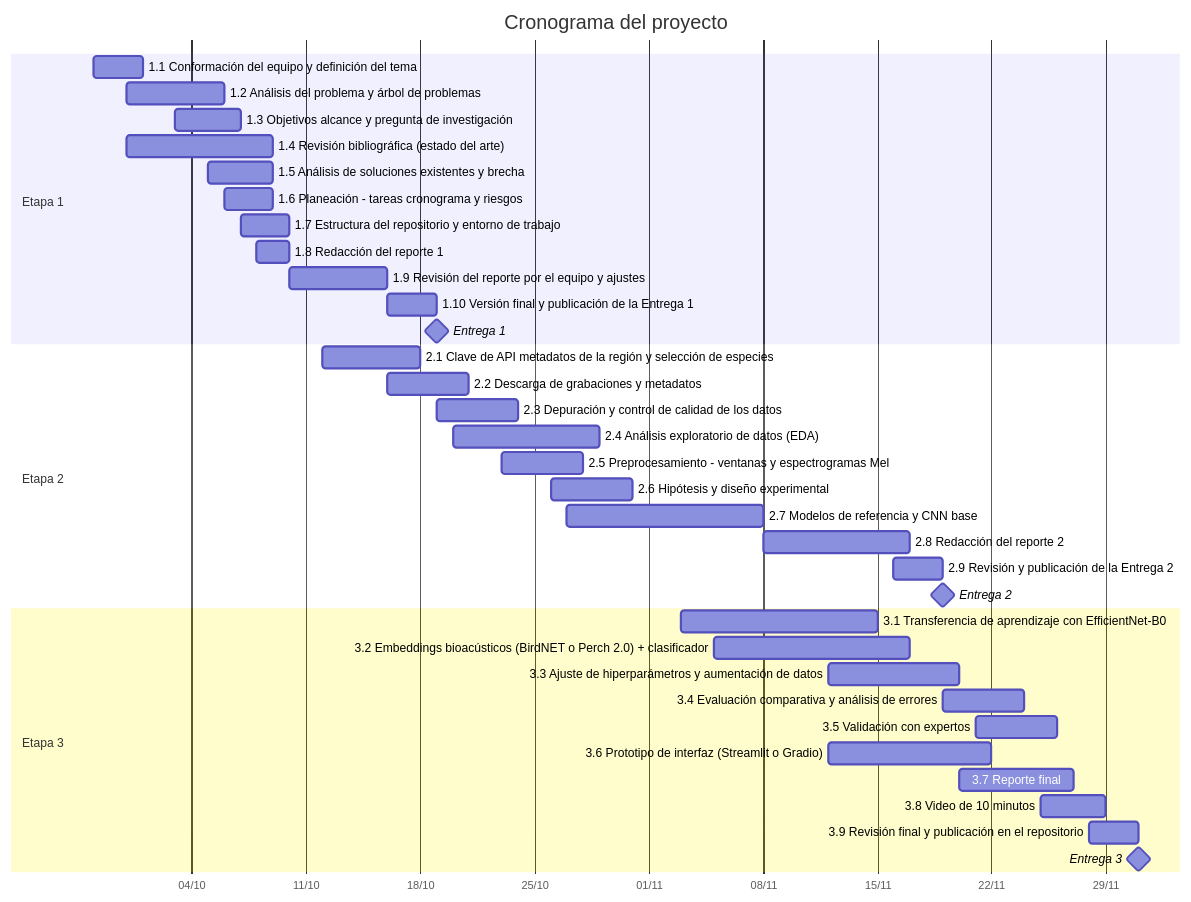
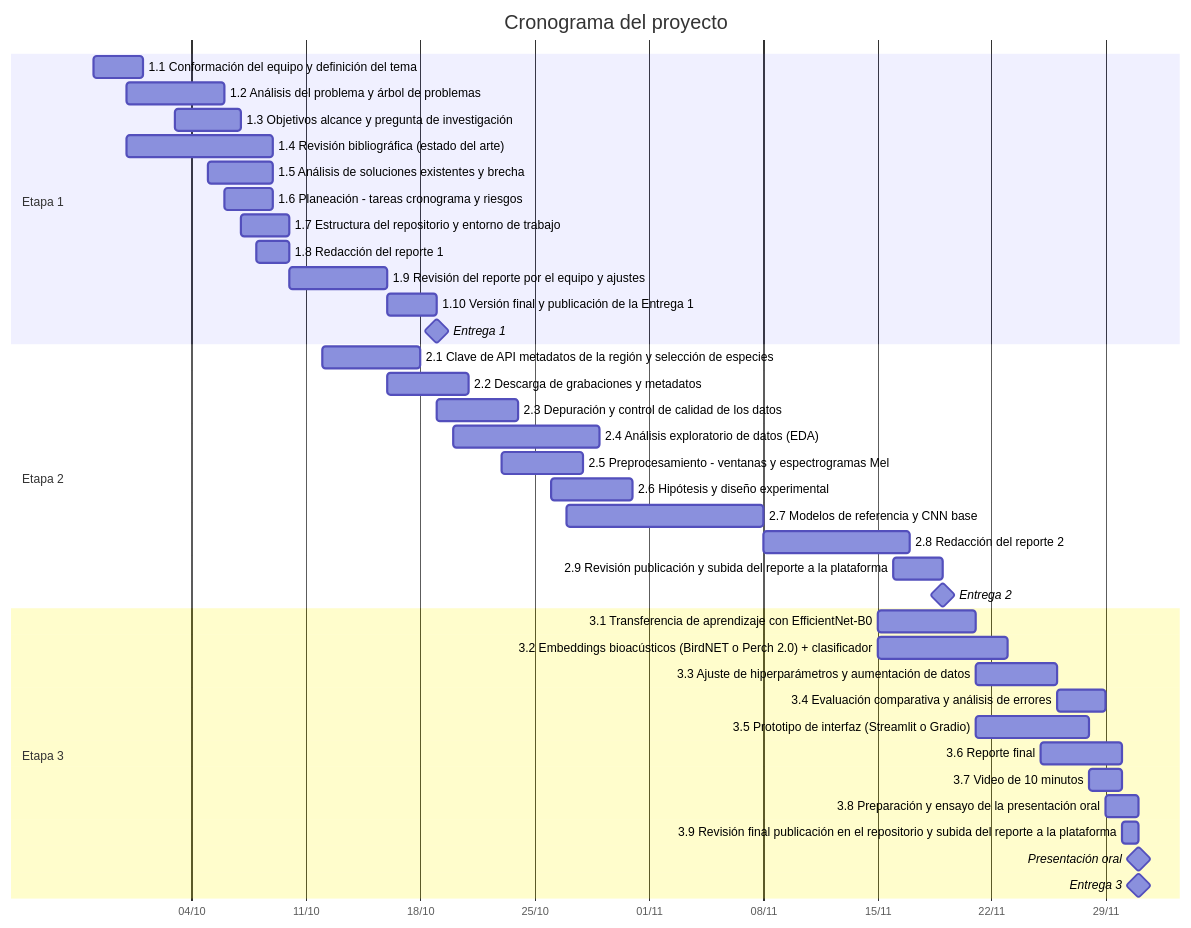
The third of 3 diagrams in entrega_1/docs/reporte_entrega_1.md (wilospe27/Proyecto_1_Innovacion_Tecnologica_IA_Grupo_4), drawn with Mermaid before and after one commit. The commit also changed other lines of this file and 14 other files, not shown here.

````diff
--- a/entrega_1/docs/reporte_entrega_1.md
+++ b/entrega_1/docs/reporte_entrega_1.md
@@ -361,41 +361,42 @@
 ```mermaid
 gantt
     title Cronograma del proyecto
     dateFormat YYYY-MM-DD
     axisFormat %d/%m
     todayMarker off
     section Etapa 1
     1.1 Conformación del equipo y definición del tema :t1_1, 2026-09-28, 3d
     1.2 Análisis del problema y árbol de problemas :t1_2, 2026-09-30, 6d
     1.3 Objetivos alcance y pregunta de investigación :t1_3, 2026-10-03, 4d
     1.4 Revisión bibliográfica (estado del arte) :t1_4, 2026-09-30, 9d
     1.5 Análisis de soluciones existentes y brecha :t1_5, 2026-10-05, 4d
     1.6 Planeación - tareas cronograma y riesgos :t1_6, 2026-10-06, 3d
     1.7 Estructura del repositorio y entorno de trabajo :t1_7, 2026-10-07, 3d
     1.8 Redacción del reporte 1 :t1_8, 2026-10-08, 2d
     1.9 Revisión del reporte por el equipo y ajustes :t1_9, 2026-10-10, 6d
     1.10 Versión final y publicación de la Entrega 1 :t1_10, 2026-10-16, 3d
     Entrega 1 :milestone, th1, 2026-10-19, 0d
     section Etapa 2
     2.1 Clave de API metadatos de la región y selección de especies :t2_1, 2026-10-12, 6d
     2.2 Descarga de grabaciones y metadatos :t2_2, 2026-10-16, 5d
     2.3 Depuración y control de calidad de los datos :t2_3, 2026-10-19, 5d
     2.4 Análisis exploratorio de datos (EDA) :t2_4, 2026-10-20, 9d
     2.5 Preprocesamiento - ventanas y espectrogramas Mel :t2_5, 2026-10-23, 5d
     2.6 Hipótesis y diseño experimental :t2_6, 2026-10-26, 5d
     2.7 Modelos de referencia y CNN base :t2_7, 2026-10-27, 12d
     2.8 Redacción del reporte 2 :t2_8, 2026-11-08, 9d
-    2.9 Revisión y publicación de la Entrega 2 :t2_9, 2026-11-16, 3d
+    2.9 Revisión publicación y subida del reporte a la plataforma :t2_9, 2026-11-16, 3d
     Entrega 2 :milestone, th2, 2026-11-19, 0d
     section Etapa 3
-    3.1 Transferencia de aprendizaje con EfficientNet-B0 :t3_1, 2026-11-03, 12d
-    3.2 Embeddings bioacústicos (BirdNET o Perch 2.0) + clasificador :t3_2, 2026-11-05, 12d
-    3.3 Ajuste de hiperparámetros y aumentación de datos :t3_3, 2026-11-12, 8d
-    3.4 Evaluación comparativa y análisis de errores :t3_4, 2026-11-19, 5d
-    3.5 Validación con expertos :t3_5, 2026-11-21, 5d
-    3.6 Prototipo de interfaz (Streamlit o Gradio) :t3_6, 2026-11-12, 10d
-    3.7 Reporte final :t3_7, 2026-11-20, 7d
-    3.8 Video de 10 minutos :t3_8, 2026-11-25, 4d
-    3.9 Revisión final y publicación en el repositorio :t3_9, 2026-11-28, 3d
+    3.1 Transferencia de aprendizaje con EfficientNet-B0 :t3_1, 2026-11-15, 6d
+    3.2 Embeddings bioacústicos (BirdNET o Perch 2.0) + clasificador :t3_2, 2026-11-15, 8d
+    3.3 Ajuste de hiperparámetros y aumentación de datos :t3_3, 2026-11-21, 5d
+    3.4 Evaluación comparativa y análisis de errores :t3_4, 2026-11-26, 3d
+    3.5 Prototipo de interfaz (Streamlit o Gradio) :t3_5, 2026-11-21, 7d
+    3.6 Reporte final :t3_6, 2026-11-25, 5d
+    3.7 Video de 10 minutos :t3_7, 2026-11-28, 2d
+    3.8 Preparación y ensayo de la presentación oral :t3_8, 2026-11-29, 2d
+    3.9 Revisión final publicación en el repositorio y subida del reporte a la plataforma :t3_9, 2026-11-30, 1d
+    Presentación oral :milestone, thp, 2026-12-01, 0d
     Entrega 3 :milestone, th3, 2026-12-01, 0d
 ```
````
